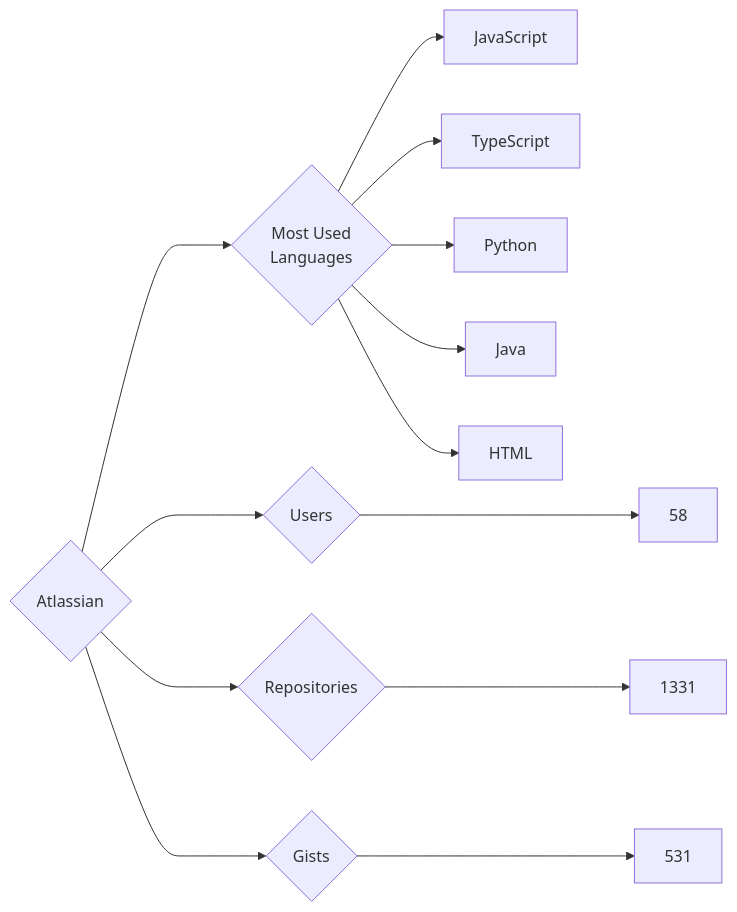
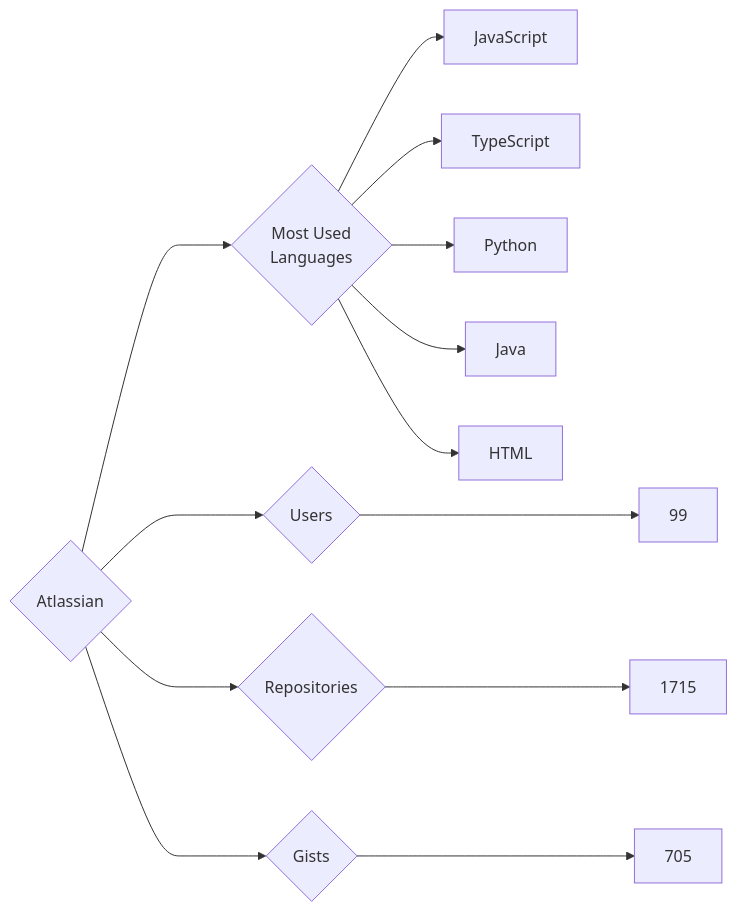
Before and after one commit to trickest/insiders: the diagram in targets/Atlassian/README.md, drawn with Mermaid. The commit also changed 757 other files, not shown here.

````diff
--- a/targets/Atlassian/README.md
+++ b/targets/Atlassian/README.md
@@ -3,13 +3,13 @@
 ```mermaid
 graph LR
 COMPANY_NAME{Atlassian}
-COMPANY_NAME ---> U{Users} ---> UN[58]
-COMPANY_NAME ---> R{Repositories} ---> RN[1331]
-COMPANY_NAME ---> G{Gists} ---> GN[531]
+COMPANY_NAME ---> U{Users} ---> UN[99]
+COMPANY_NAME ---> R{Repositories} ---> RN[1715]
+COMPANY_NAME ---> G{Gists} ---> GN[705]
 COMPANY_NAME ---> ML{Most Used<br>Languages}
 ML --> JavaScript[JavaScript]
 ML --> TypeScript[TypeScript]
 ML --> Python[Python]
 ML --> Java[Java]
 ML --> HTML[HTML]
 ```
````
